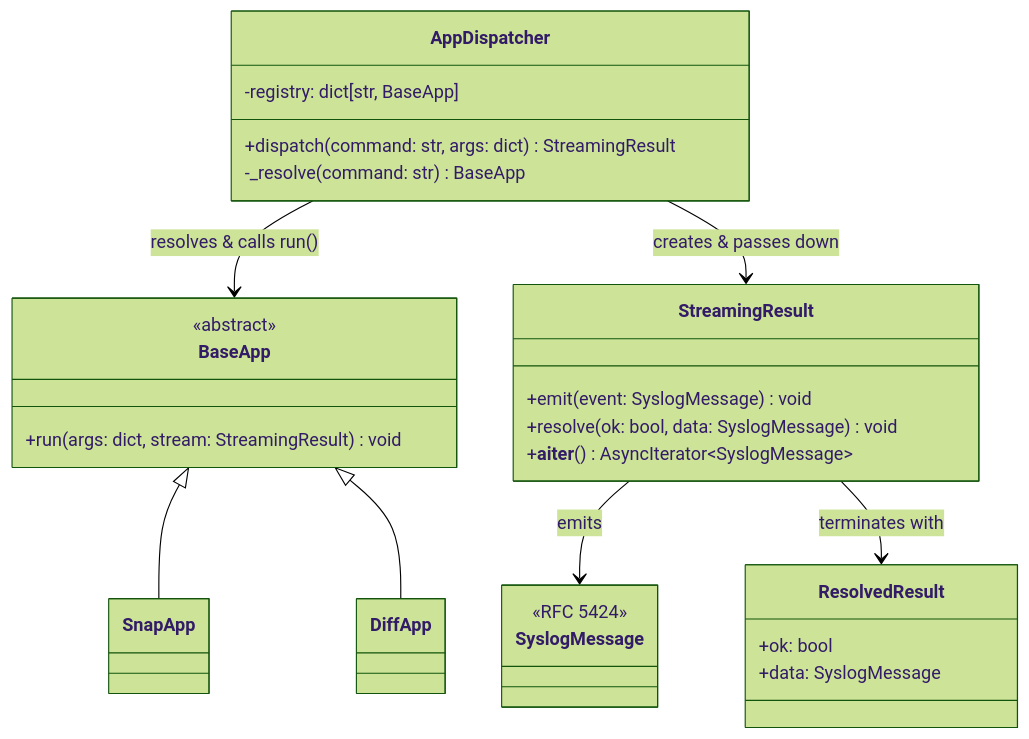
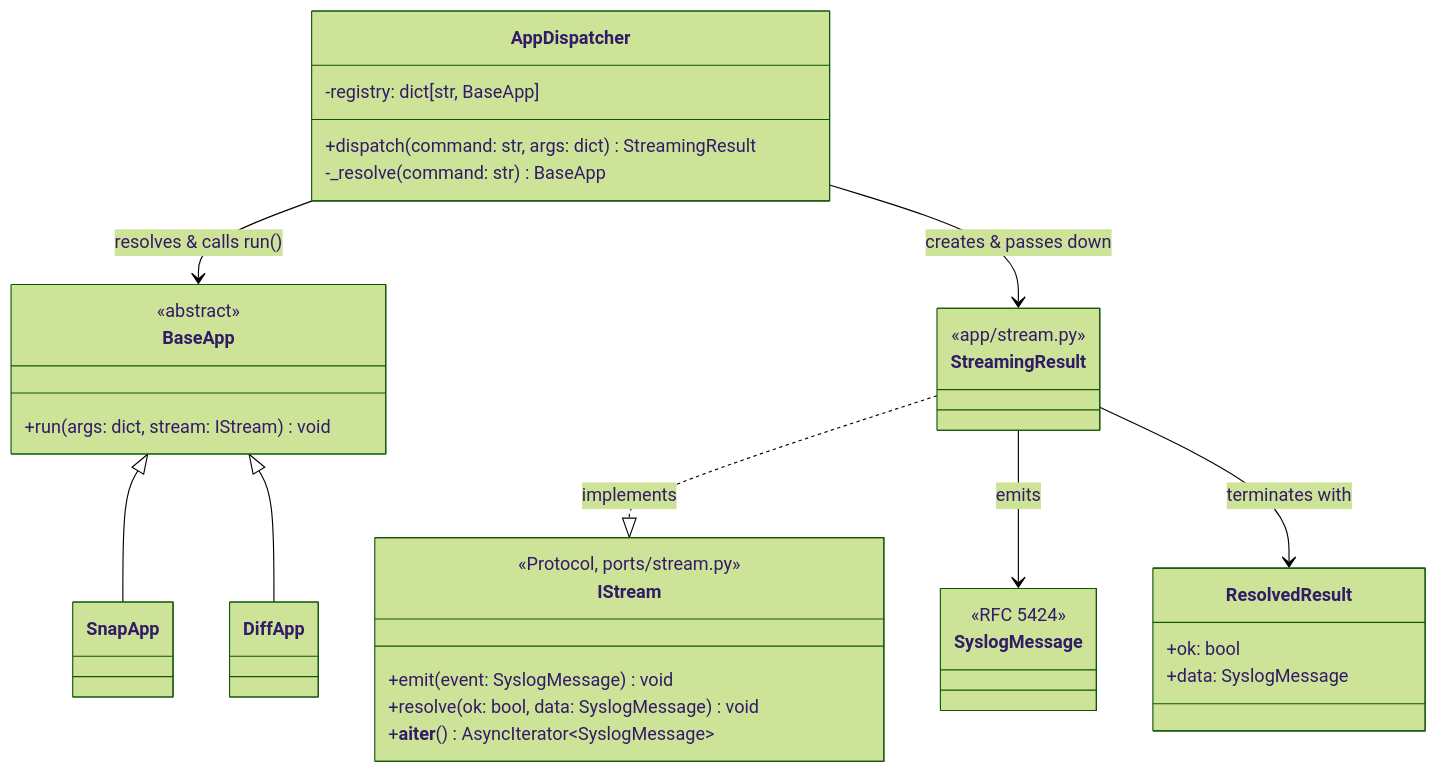
One commit to BinaryBand/scop-demo changed the second of 3 diagrams in docs/ARCHITECTURE.md. Above: the diagram before and after it, drawn with Mermaid (forest theme). The commit also changed other lines of this file and 13 other files, not shown here.

Commit message:
feat: refactor streaming architecture to introduce IStream interface and update service implementations

````diff
--- a/docs/ARCHITECTURE.md
+++ b/docs/ARCHITECTURE.md
@@ -108,35 +108,41 @@
 ```mermaid
 classDiagram
     class AppDispatcher {
         -registry: dict[str, BaseApp]
         +dispatch(command: str, args: dict) StreamingResult
         -_resolve(command: str) BaseApp
     }
 
-    class StreamingResult {
+    class IStream {
+        <<Protocol, ports/stream.py>>
         +emit(event: SyslogMessage) void
         +resolve(ok: bool, data: SyslogMessage) void
         +__aiter__() AsyncIterator~SyslogMessage~
+    }
+
+    class StreamingResult {
+        <<app/stream.py>>
     }
 
     class SyslogMessage {
         <<RFC 5424>>
     }
 
     class ResolvedResult {
         +ok: bool
         +data: SyslogMessage
     }
 
     class BaseApp {
         <<abstract>>
-        +run(args: dict, stream: StreamingResult) void
+        +run(args: dict, stream: IStream) void
     }
 
     AppDispatcher --> BaseApp : resolves & calls run()
     AppDispatcher --> StreamingResult : creates & passes down
+    StreamingResult ..|> IStream : implements
     StreamingResult --> SyslogMessage : emits
     StreamingResult --> ResolvedResult : terminates with
     BaseApp <|-- SnapApp
     BaseApp <|-- DiffApp
 ```
````
